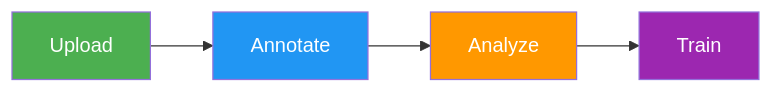
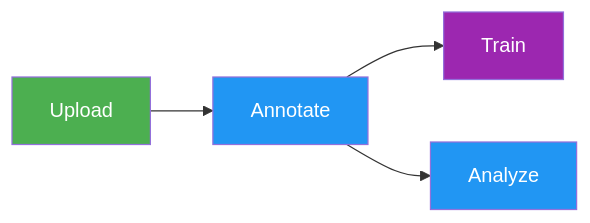
Before and after one commit to KATe-AGI/Embodied_VG: the diagram in ultralytics/docs/en/platform/data/index.md, drawn with Mermaid. The commit also changed other lines of this file and 980 other files, not shown here.

````diff
--- a/ultralytics/docs/en/platform/data/index.md
+++ b/ultralytics/docs/en/platform/data/index.md
@@ -35,11 +40,10 @@
 ```mermaid
 graph LR
-    A[Upload] --> B[Annotate]
-    B --> C[Analyze]
-    C --> D[Train]
+    A[Upload]:::start --> B[Annotate]:::proc
+    B --> D[Train]:::out
+    B --> C[Analyze]:::proc
 
-    style A fill:#4CAF50,color:#fff
-    style B fill:#2196F3,color:#fff
-    style C fill:#FF9800,color:#fff
-    style D fill:#9C27B0,color:#fff
+    classDef start fill:#4CAF50,color:#fff
+    classDef proc fill:#2196F3,color:#fff
+    classDef out fill:#9C27B0,color:#fff
 ```
````
